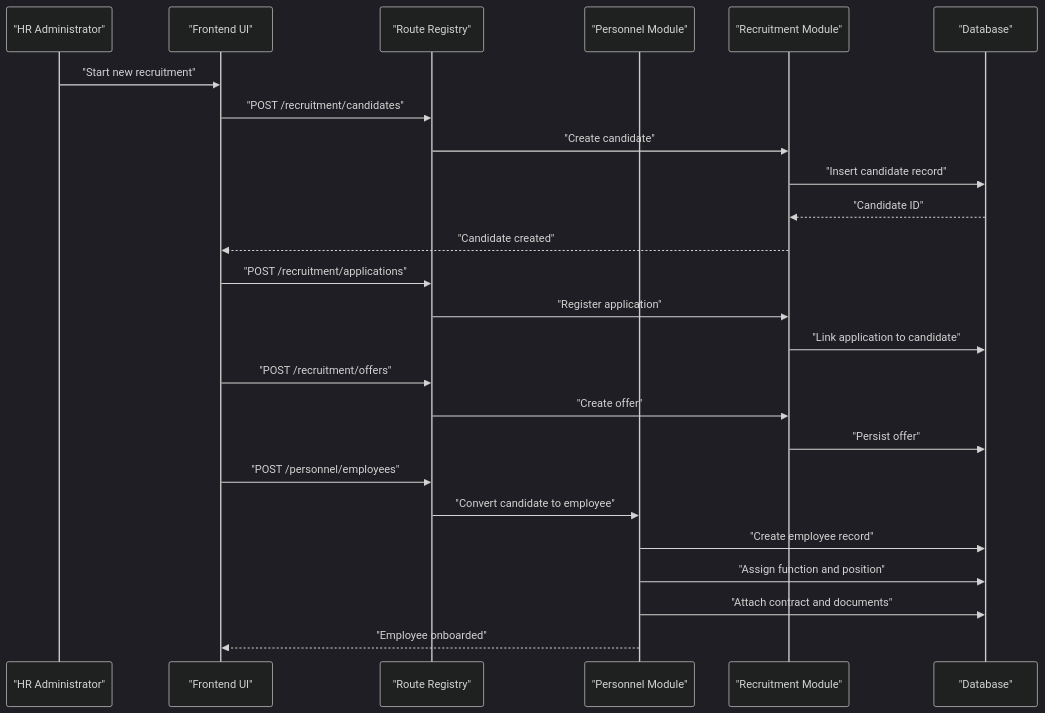
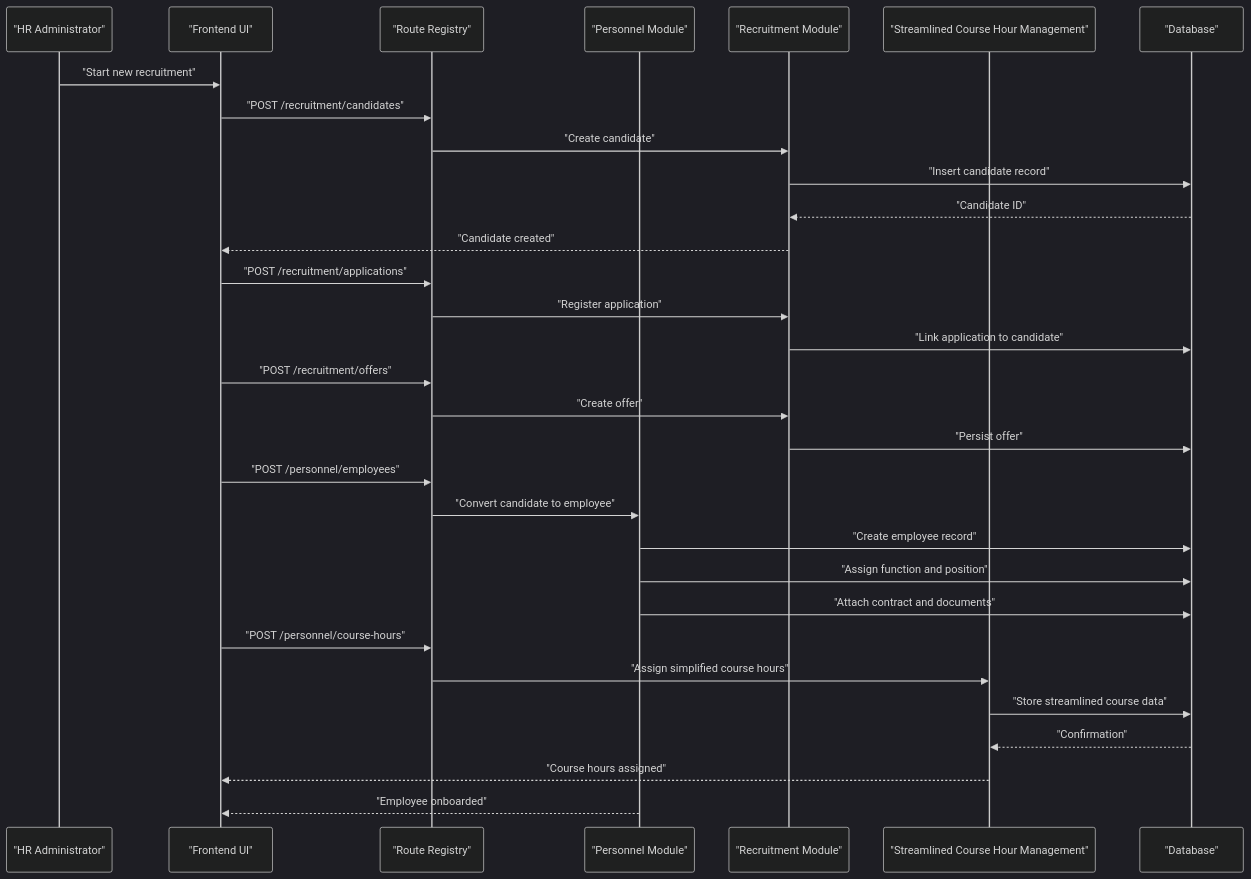
One commit to franckylab/eLISAschool changed the second of 8 diagrams in .qoder/repowiki/en/content/Human Resources Management/Personnel Administration/Personnel Administration.md. Above: the diagram before and after it, drawn with Mermaid (dark theme). The commit also changed other lines of this file and 49 other files, not shown here.

````diff
--- a/.qoder/repowiki/en/content/Human Resources Management/Personnel Administration/Personnel Administration.md
+++ b/.qoder/repowiki/en/content/Human Resources Management/Personnel Administration/Personnel Administration.md
@@ -158,27 +172,33 @@
 ```mermaid
 sequenceDiagram
 participant Admin as "HR Administrator"
 participant FE as "Frontend UI"
 participant RT as "Route Registry"
 participant PM as "Personnel Module"
 participant RM as "Recruitment Module"
+participant CHM as "Streamlined Course Hour Management"
 participant DB as "Database"
 Admin->>FE : "Start new recruitment"
 FE->>RT : "POST /recruitment/candidates"
 RT->>RM : "Create candidate"
 RM->>DB : "Insert candidate record"
 DB-->>RM : "Candidate ID"
 RM-->>FE : "Candidate created"
 FE->>RT : "POST /recruitment/applications"
 RT->>RM : "Register application"
 RM->>DB : "Link application to candidate"
 FE->>RT : "POST /recruitment/offers"
 RT->>RM : "Create offer"
 RM->>DB : "Persist offer"
 FE->>RT : "POST /personnel/employees"
 RT->>PM : "Convert candidate to employee"
 PM->>DB : "Create employee record"
 PM->>DB : "Assign function and position"
 PM->>DB : "Attach contract and documents"
+FE->>RT : "POST /personnel/course-hours"
+RT->>CHM : "Assign simplified course hours"
+CHM->>DB : "Store streamlined course data"
+DB-->>CHM : "Confirmation"
+CHM-->>FE : "Course hours assigned"
 PM-->>FE : "Employee onboarded"
 ```
````
